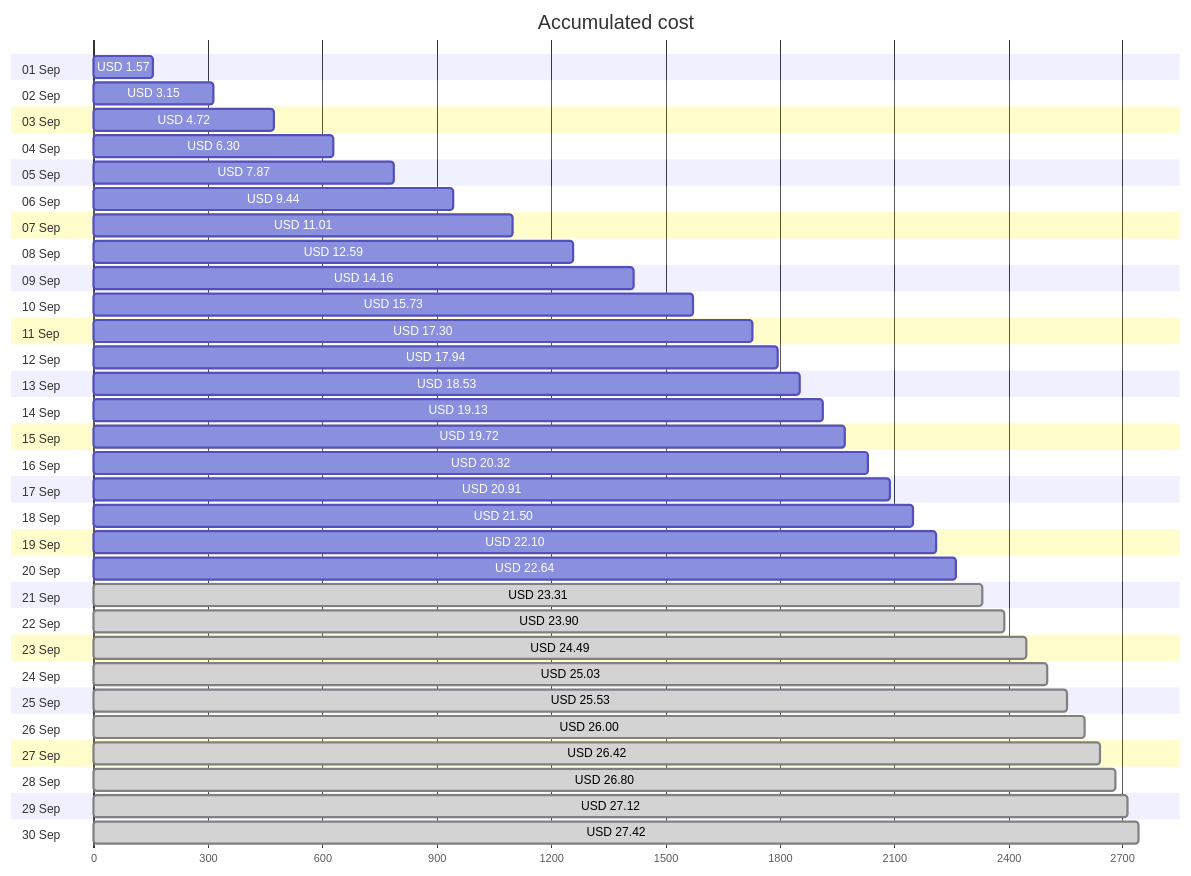
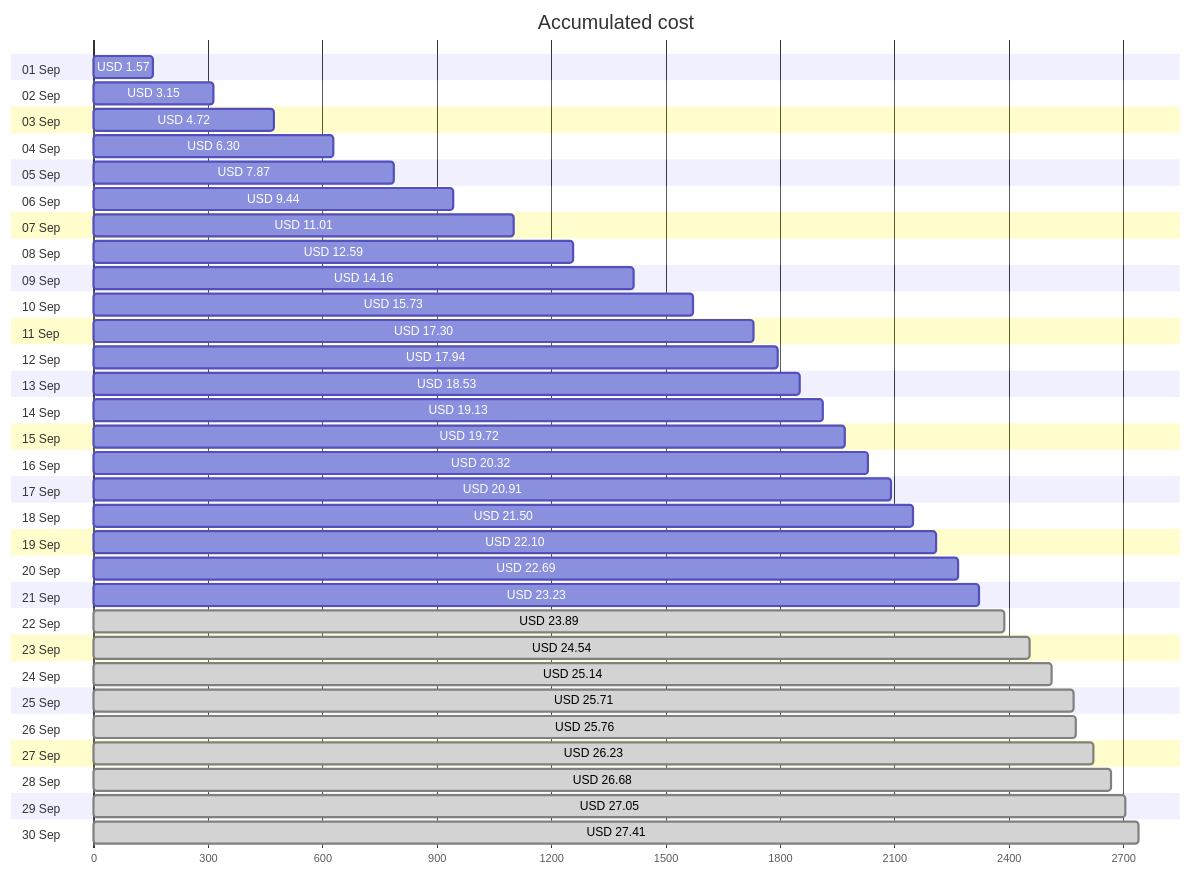
The first of 4 diagrams in cost-reports/personal-site/README.md (jpfulton/azure-personal-reports), drawn with Mermaid before and after one commit. The commit also changed other lines of this file and 7 other files, not shown here.

````diff
--- a/cost-reports/personal-site/README.md
+++ b/cost-reports/personal-site/README.md
@@ -20,66 +20,66 @@
 ```mermaid
 gantt
    title Accumulated cost
    dateFormat  X
    axisFormat %s
    section 01 Sep
    USD 1.57 :0, 157
    section 02 Sep
    USD 3.15 :0, 315
    section 03 Sep
    USD 4.72 :0, 472
    section 04 Sep
    USD 6.30 :0, 630
    section 05 Sep
    USD 7.87 :0, 787
    section 06 Sep
    USD 9.44 :0, 944
    section 07 Sep
    USD 11.01 :0, 1101
    section 08 Sep
    USD 12.59 :0, 1259
    section 09 Sep
    USD 14.16 :0, 1416
    section 10 Sep
    USD 15.73 :0, 1573
    section 11 Sep
    USD 17.30 :0, 1730
    section 12 Sep
    USD 17.94 :0, 1794
    section 13 Sep
    USD 18.53 :0, 1853
    section 14 Sep
    USD 19.13 :0, 1913
    section 15 Sep
    USD 19.72 :0, 1972
    section 16 Sep
    USD 20.32 :0, 2032
    section 17 Sep
    USD 20.91 :0, 2091
    section 18 Sep
    USD 21.50 :0, 2150
    section 19 Sep
    USD 22.10 :0, 2210
    section 20 Sep
-   USD 22.64 :0, 2264
+   USD 22.69 :0, 2269
    section 21 Sep
-   USD 23.31 : done, 0, 2331
+   USD 23.23 :0, 2323
    section 22 Sep
-   USD 23.90 : done, 0, 2390
+   USD 23.89 : done, 0, 2389
    section 23 Sep
-   USD 24.49 : done, 0, 2449
+   USD 24.54 : done, 0, 2454
    section 24 Sep
-   USD 25.03 : done, 0, 2503
+   USD 25.14 : done, 0, 2514
    section 25 Sep
-   USD 25.53 : done, 0, 2553
+   USD 25.71 : done, 0, 2571
    section 26 Sep
-   USD 26.00 : done, 0, 2600
+   USD 25.76 : done, 0, 2576
    section 27 Sep
-   USD 26.42 : done, 0, 2642
+   USD 26.23 : done, 0, 2623
    section 28 Sep
-   USD 26.80 : done, 0, 2680
+   USD 26.68 : done, 0, 2668
    section 29 Sep
-   USD 27.12 : done, 0, 2712
+   USD 27.05 : done, 0, 2705
    section 30 Sep
-   USD 27.42 : done, 0, 2742
+   USD 27.41 : done, 0, 2741
 ```
````
